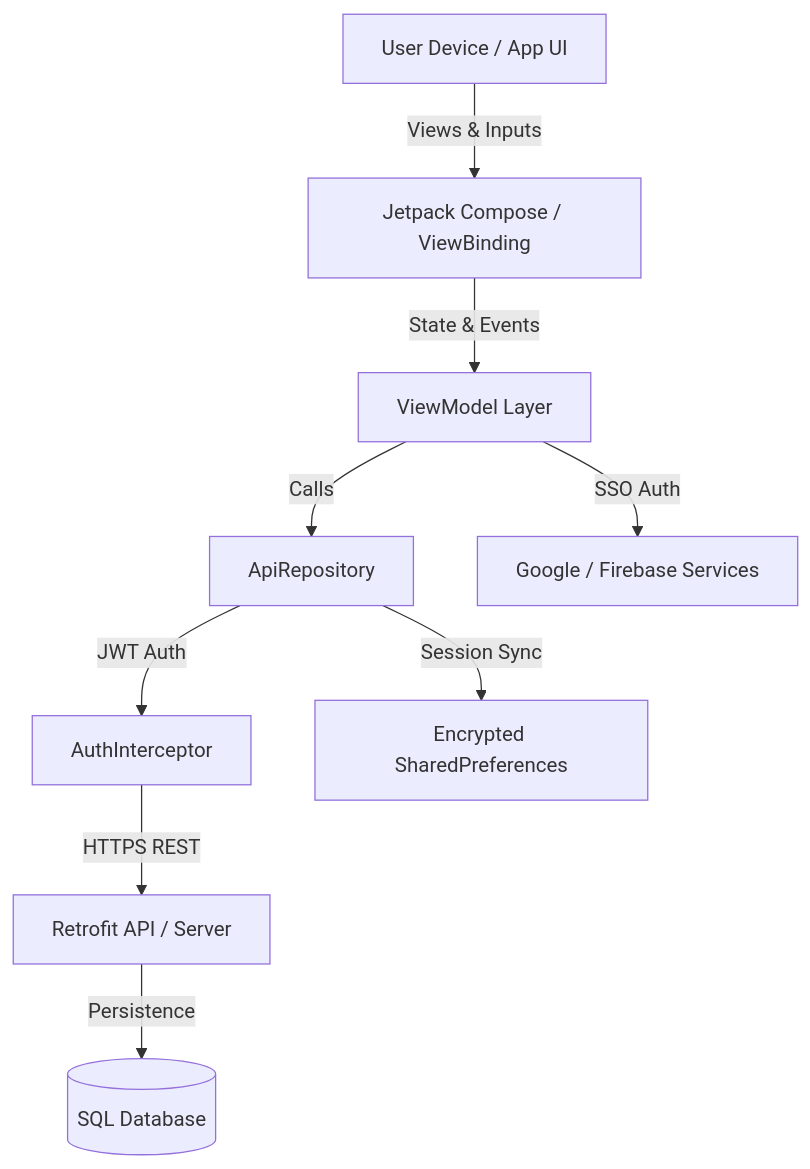
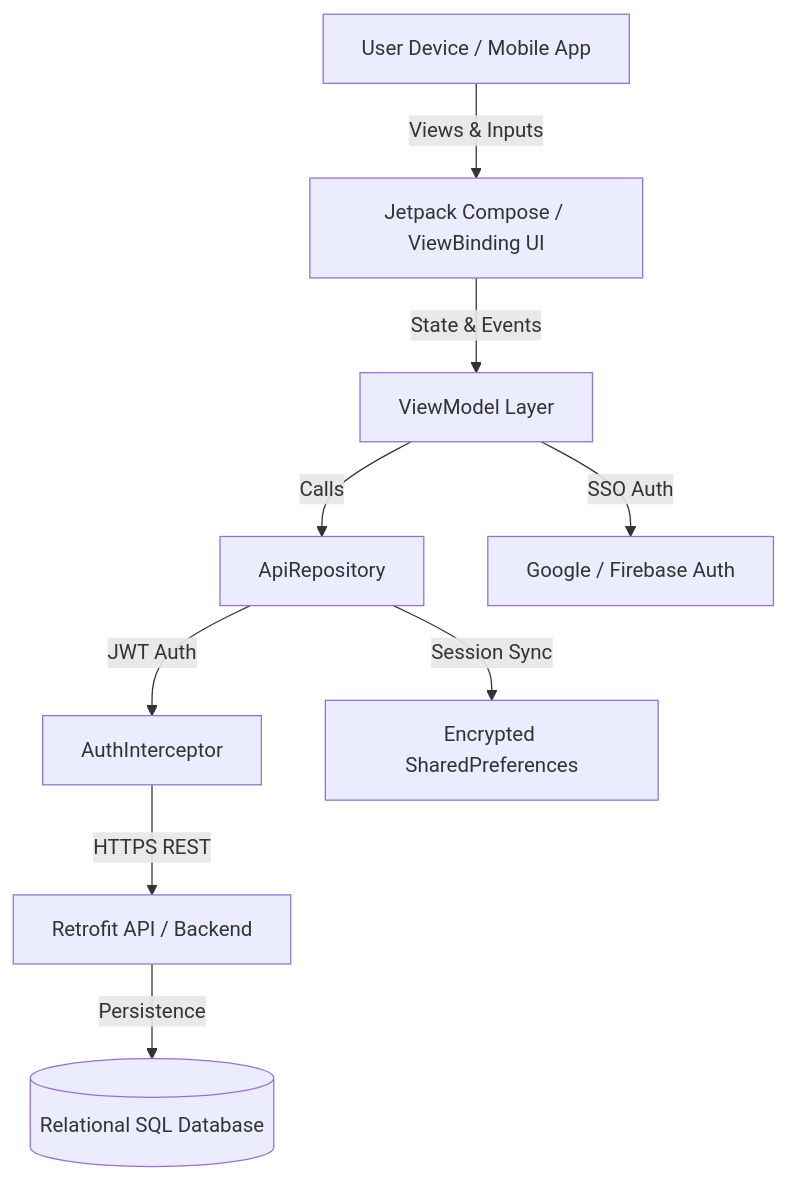
Before and after one commit to GarrenTopG/AurorahCANDigitalHub: the first of 2 diagrams in README.md, drawn with Mermaid. The commit also changed other lines of this file and 24 other files, not shown here.

````diff
--- a/README.md
+++ b/README.md
@@ -304,11 +276,11 @@
 ```mermaid
 flowchart TD
-    A[User Device / App UI] -->|Views & Inputs| B[Jetpack Compose / ViewBinding]
+    A[User Device / Mobile App] -->|Views & Inputs| B[Jetpack Compose / ViewBinding UI]
     B -->|State & Events| C[ViewModel Layer]
     C -->|Calls| D[ApiRepository]
     D -->|JWT Auth| E[AuthInterceptor]
-    E -->|HTTPS REST| F[Retrofit API / Server]
+    E -->|HTTPS REST| F[Retrofit API / Backend]
     D -->|Session Sync| G[Encrypted SharedPreferences]
-    C -->|SSO Auth| H[Google / Firebase Services]
-    F -->|Persistence| I[(SQL Database)]
+    C -->|SSO Auth| H[Google / Firebase Auth]
+    F -->|Persistence| I[(Relational SQL Database)]
 ```
````
